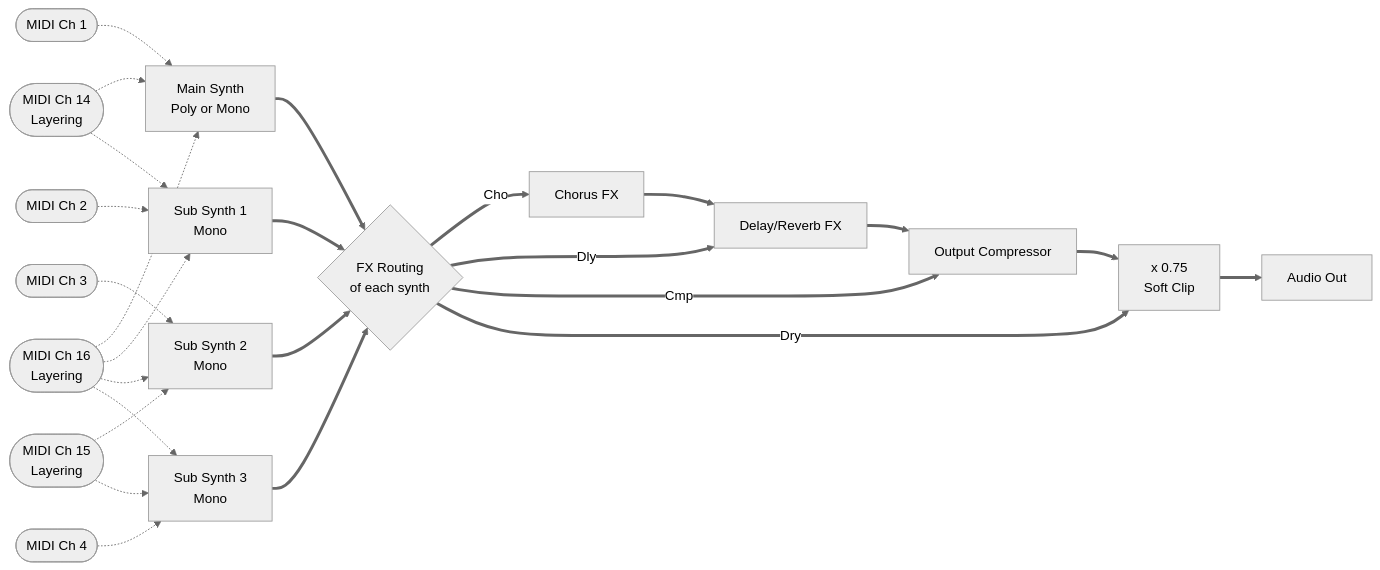
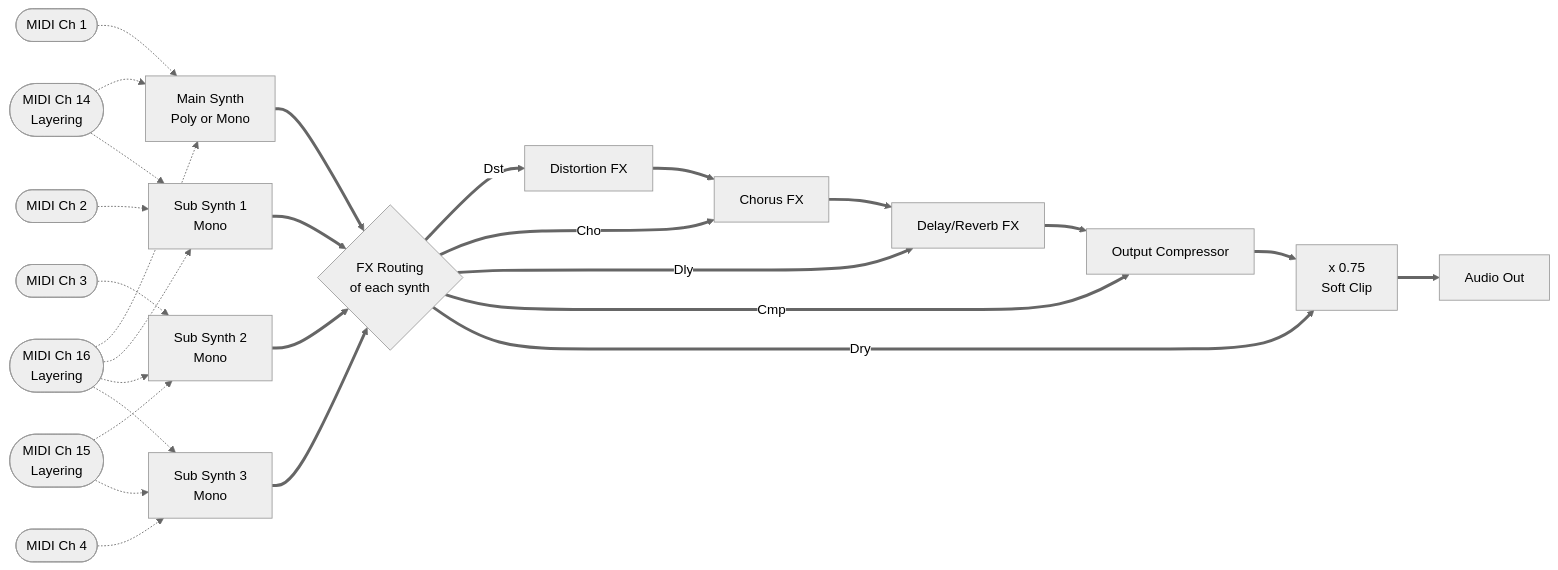
One commit to risgk/digital-synth-pra32-u2 changed the tenth of 10 diagrams in PRA32-U2-Block-Diagrams.md. Above: the diagram before and after it, drawn with Mermaid (neutral theme). The commit also changed other lines of this file and 37 other files, not shown here.

````diff
--- a/PRA32-U2-Block-Diagrams.md
+++ b/PRA32-U2-Block-Diagrams.md
@@ -302,15 +325,16 @@
 ```mermaid
 flowchart LR
     C1([MIDI Ch 1]) -.-> MS["Main Synth<br/>Poly or Mono"]
     C2([MIDI Ch 2]) -.-> S1["Sub Synth 1<br/>Mono"]
     C3([MIDI Ch 3]) -.-> S2["Sub Synth 2<br/>Mono"]
     C4([MIDI Ch 4]) -.-> S3["Sub Synth 3<br/>Mono"]
     C14([MIDI Ch 14<br/>Layering]) -.-> MS & S1
     C15([MIDI Ch 15<br/>Layering]) -.-> S2 & S3
     C16([MIDI Ch 16<br/>Layering]) -.-> MS & S1 & S2 & S3
     MS & S1 & S2 & S3 ==> FR{"FX Routing<br/>of each synth"}
+    FR ==>|Dst| DS[Distortion FX] ==> C
     FR ==>|Cho| C[Chorus FX] ==> D[Delay/Reverb FX] ==> OC[Output Compressor] ==> OG["x 0.75<br/>Soft Clip"] ==> AO[Audio Out]
     FR ==>|Dly| D
     FR ==>|Cmp| OC
     FR ==>|Dry| OG
 ```
````
